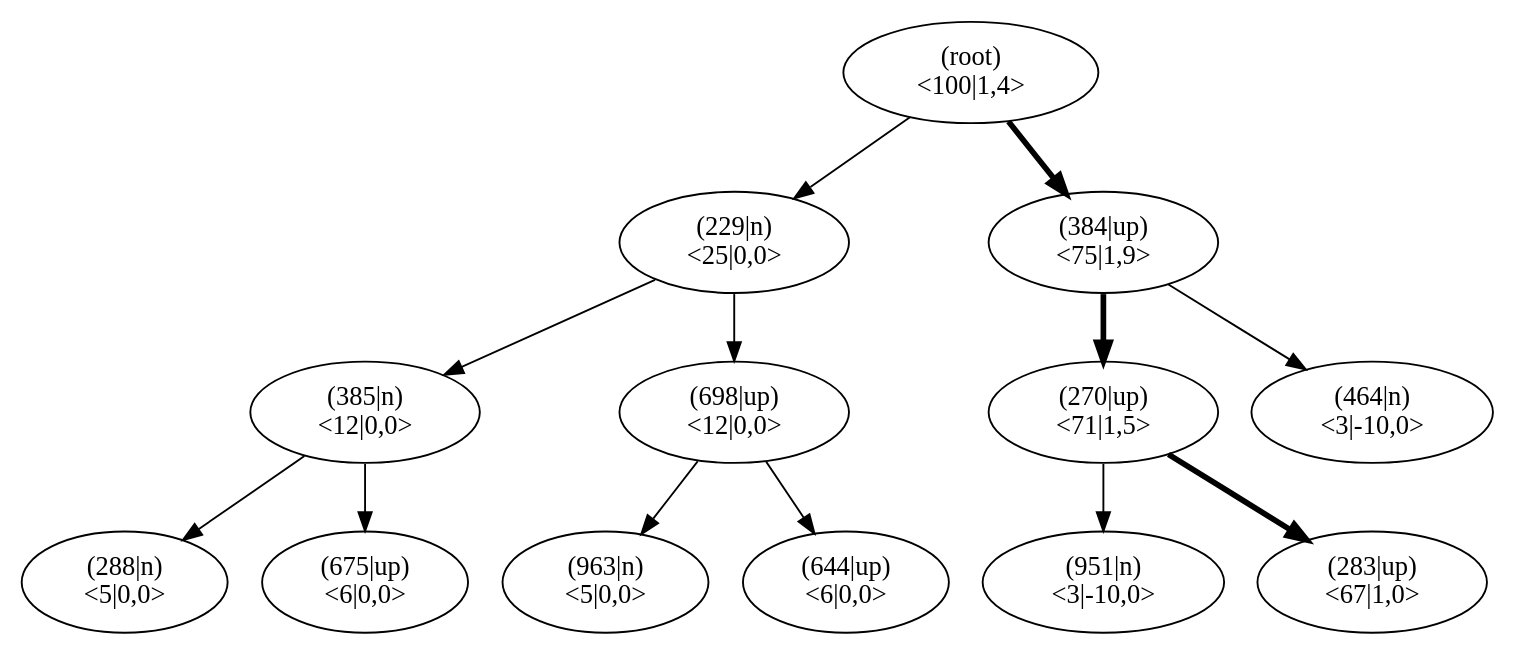
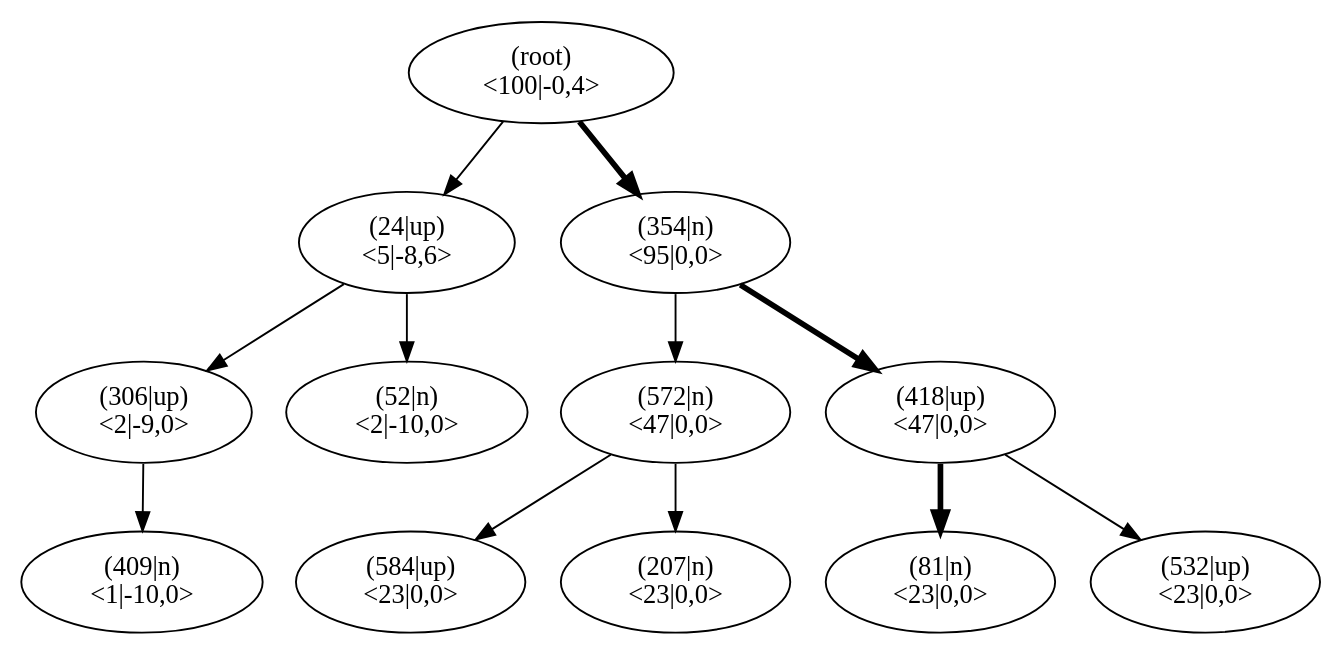
One commit to JonasHellgren/relexp-java changed the diagram in pictures/ch13/climb_mctsHUNDREDiterHIGHEXP_NOTDEFBACKUP.dot. Above: the diagram before and after it, drawn with Graphviz. The commit also changed 39 other files, not shown here.

```diff
--- a/pictures/ch13/climb_mctsHUNDREDiterHIGHEXP_NOTDEFBACKUP.dot
+++ b/pictures/ch13/climb_mctsHUNDREDiterHIGHEXP_NOTDEFBACKUP.dot
@@ -1,41 +1,38 @@
 digraph MCTS {
 node [shape=ellipse];
 Nroot [label="(root)
-<100|1,4>"];
-Nroot -> N229[penwidth=1];
-N229 [label="(229|n)
-<25|0,0>"];
-N229 -> N385[penwidth=1];
-N385 [label="(385|n)
-<12|0,0>"];
-N385 -> N288[penwidth=1];
-N288 [label="(288|n)
-<5|0,0>"];
-N385 -> N675[penwidth=1];
-N675 [label="(675|up)
-<6|0,0>"];
-N229 -> N698[penwidth=1];
-N698 [label="(698|up)
-<12|0,0>"];
-N698 -> N963[penwidth=1];
-N963 [label="(963|n)
-<5|0,0>"];
-N698 -> N644[penwidth=1];
-N644 [label="(644|up)
-<6|0,0>"];
-Nroot -> N384[penwidth=3];
-N384 [label="(384|up)
-<75|1,9>"];
-N384 -> N270[penwidth=3];
-N270 [label="(270|up)
-<71|1,5>"];
-N270 -> N951[penwidth=1];
-N951 [label="(951|n)
-<3|-10,0>"];
-N270 -> N283[penwidth=3];
-N283 [label="(283|up)
-<67|1,0>"];
-N384 -> N464[penwidth=1];
-N464 [label="(464|n)
-<3|-10,0>"];
+<100|-0,4>"];
+Nroot -> N24[penwidth=1];
+N24 [label="(24|up)
+<5|-8,6>"];
+N24 -> N306[penwidth=1];
+N306 [label="(306|up)
+<2|-9,0>"];
+N306 -> N409[penwidth=1];
+N409 [label="(409|n)
+<1|-10,0>"];
+N24 -> N52[penwidth=1];
+N52 [label="(52|n)
+<2|-10,0>"];
+Nroot -> N354[penwidth=3];
+N354 [label="(354|n)
+<95|0,0>"];
+N354 -> N572[penwidth=1];
+N572 [label="(572|n)
+<47|0,0>"];
+N572 -> N584[penwidth=1];
+N584 [label="(584|up)
+<23|0,0>"];
+N572 -> N207[penwidth=1];
+N207 [label="(207|n)
+<23|0,0>"];
+N354 -> N418[penwidth=3];
+N418 [label="(418|up)
+<47|0,0>"];
+N418 -> N81[penwidth=3];
+N81 [label="(81|n)
+<23|0,0>"];
+N418 -> N532[penwidth=1];
+N532 [label="(532|up)
+<23|0,0>"];
 }
```
